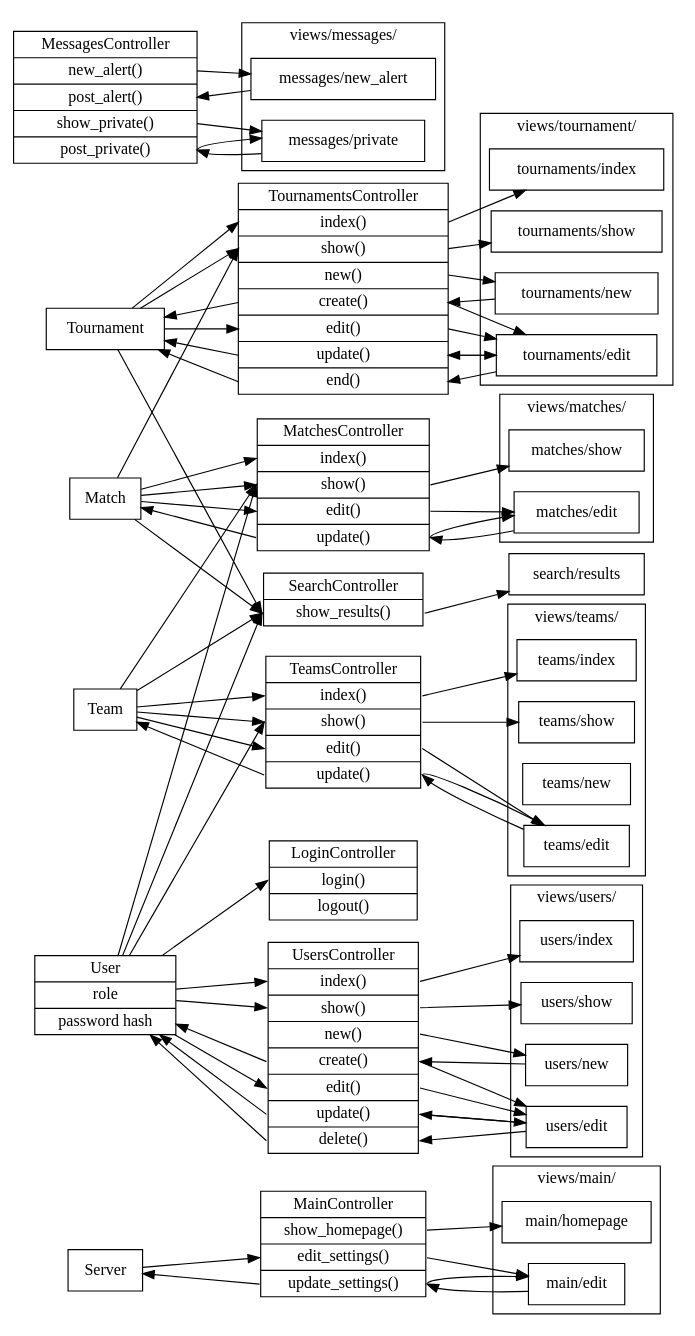
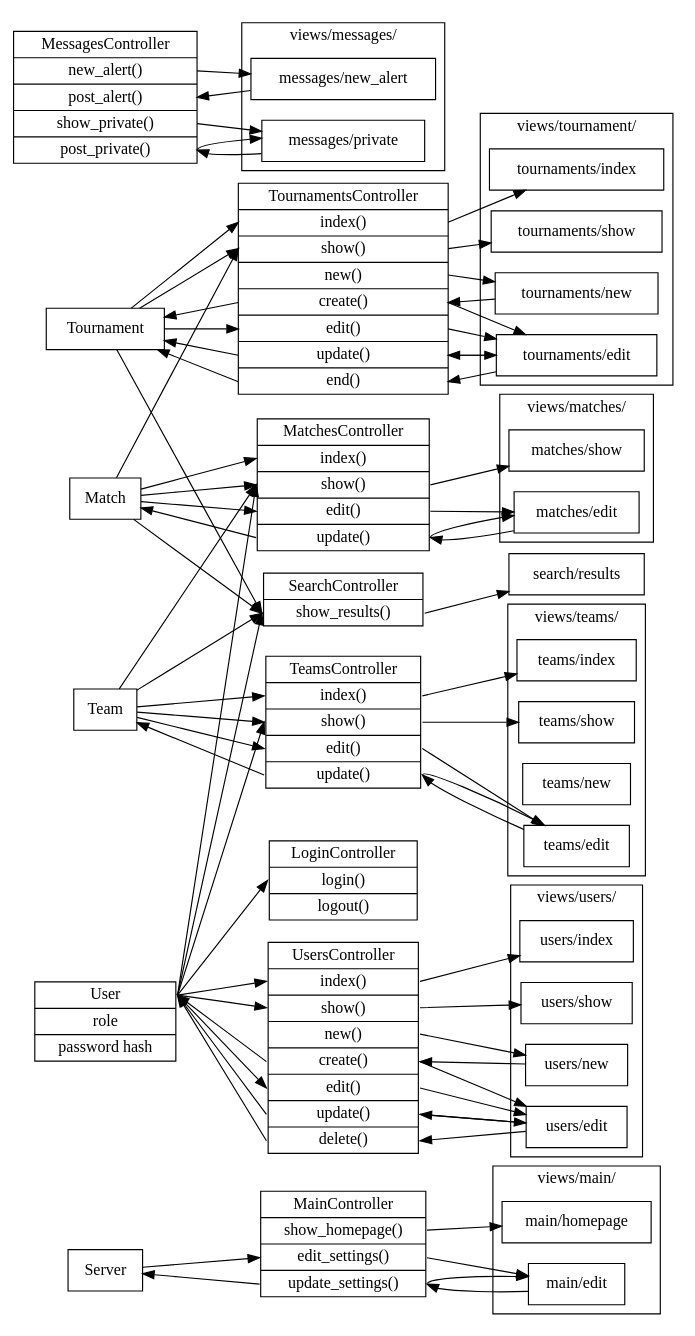
The diagram in docs/DesignDocument-classes.dot (LukeShu/leaguer), drawn with Graphviz before and after one commit.

Commit message:
UML: point specifically to model:main

```diff
--- a/docs/DesignDocument-classes.dot
+++ b/docs/DesignDocument-classes.dot
@@ -225,41 +225,41 @@
 	###################################################################
 	# controller/model relations
 	###################################################################
-	Server -> MainController:edit;
-	MainController:update -> Server;
+	Server:main -> MainController:edit;
+	MainController:update -> Server:main;
 
-	User -> LoginController:login;
+	User:main -> LoginController:login;
 
-	Tournament -> SearchController:show_results;
-	Match -> SearchController:show_results;
-	Team -> SearchController:show_results;
-	User -> SearchController:show_results;
+	Tournament:main -> SearchController:show_results;
+	Match:main -> SearchController:show_results;
+	Team:main -> SearchController:show_results;
+	User:main -> SearchController:show_results;
 
-	Tournament -> TournamentsController:index;
-	Tournament -> TournamentsController:show;
-	Match -> TournamentsController:show;
-	Tournament -> TournamentsController:edit;
-	TournamentsController:create -> Tournament;
-	TournamentsController:update -> Tournament;
-	TournamentsController:end -> Tournament;
+	Tournament:main -> TournamentsController:index;
+	Tournament:main -> TournamentsController:show;
+	Match:main -> TournamentsController:show;
+	Tournament:main -> TournamentsController:edit;
+	TournamentsController:create -> Tournament:main;
+	TournamentsController:update -> Tournament:main;
+	TournamentsController:end -> Tournament:main;
 
-	Match -> MatchesController:index;
-	Match -> MatchesController:show;
-	Team -> MatchesController:show;
-	User -> MatchesController:show;
-	Match -> MatchesController:edit;
-	MatchesController:update -> Match;
+	Match:main -> MatchesController:index;
+	Match:main -> MatchesController:show;
+	Team:main -> MatchesController:show;
+	User:main -> MatchesController:show;
+	Match:main -> MatchesController:edit;
+	MatchesController:update -> Match:main;
 
-	Team -> TeamsController:index;
-	Team -> TeamsController:show;
-	User -> TeamsController:show;
-	Team -> TeamsController:edit;
-	TeamsController:update -> Team;
+	Team:main -> TeamsController:index;
+	Team:main -> TeamsController:show;
+	User:main -> TeamsController:show;
+	Team:main -> TeamsController:edit;
+	TeamsController:update -> Team:main;
 
-	User -> UsersController:index;
-	User -> UsersController:show;
-	User -> UsersController:edit;
-	UsersController:create -> User;
-	UsersController:update -> User;
-	UsersController:delete -> User;
+	User:main -> UsersController:index;
+	User:main -> UsersController:show;
+	User:main -> UsersController:edit;
+	UsersController:create -> User:main;
+	UsersController:update -> User:main;
+	UsersController:delete -> User:main;
 }
```
